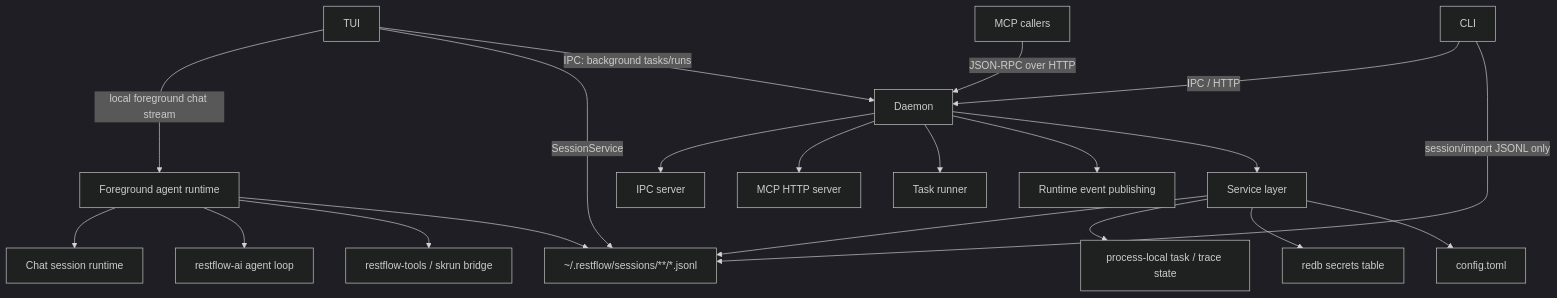
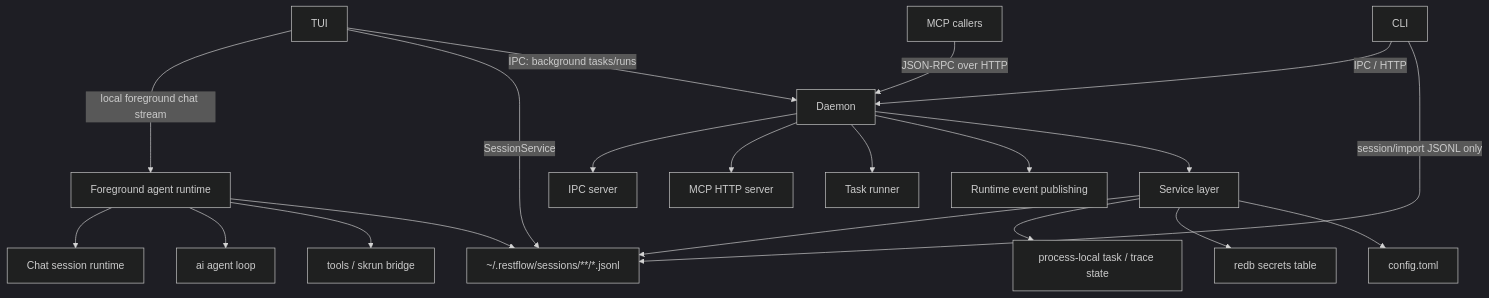
One commit to lhwzds/restflow changed the first of 4 diagrams in SYSTEM_ARCHITECTURE.md. Above: the diagram before and after it, drawn with Mermaid (dark theme). The commit also changed other lines of this file and 814 other files, not shown here.

````diff
--- a/SYSTEM_ARCHITECTURE.md
+++ b/SYSTEM_ARCHITECTURE.md
@@ -46,25 +46,25 @@
 ```mermaid
 flowchart TD
     TUI["TUI"] -->|"local foreground chat stream"| Foreground["Foreground agent runtime"]
     TUI -->|"SessionService"| SessionFiles["~/.restflow/sessions/**/*.jsonl"]
     TUI -->|"IPC: background tasks/runs"| Daemon["Daemon"]
     CLI["CLI"] -->|"IPC / HTTP"| Daemon
     McpCallers["MCP callers"] -->|"JSON-RPC over HTTP"| Daemon
 
     Foreground --> Chat["Chat session runtime"]
-    Foreground --> AgentLoop["restflow-ai agent loop"]
-    Foreground --> Tools["restflow-tools / skrun bridge"]
+    Foreground --> AgentLoop["ai agent loop"]
+    Foreground --> Tools["tools / skrun bridge"]
     Foreground --> SessionFiles
 
     Daemon --> Ipc["IPC server"]
     Daemon --> Mcp["MCP HTTP server"]
     Daemon --> Runner["Task runner"]
     Daemon --> Runtime["Runtime event publishing"]
     Daemon --> Services["Service layer"]
     CLI -->|"session/import JSONL only"| SessionFiles
 
     Services --> SessionFiles
     Services --> RuntimeState["process-local task / trace state"]
     Services --> Secrets["redb secrets table"]
     Services --> Config["config.toml"]
 ```
````
